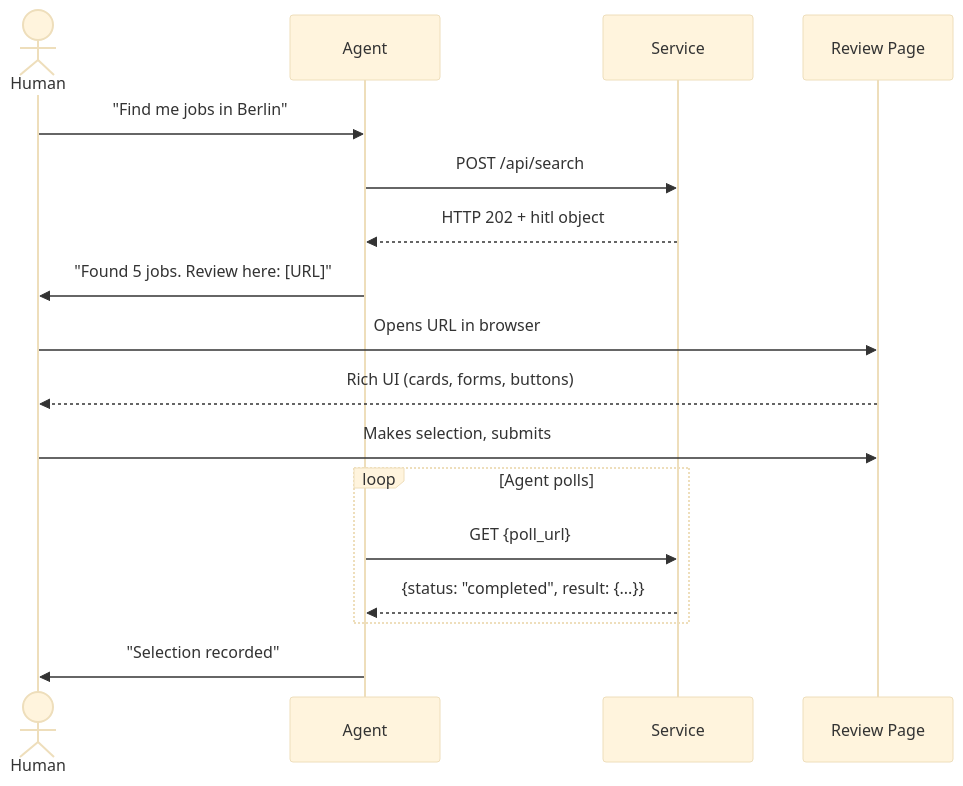
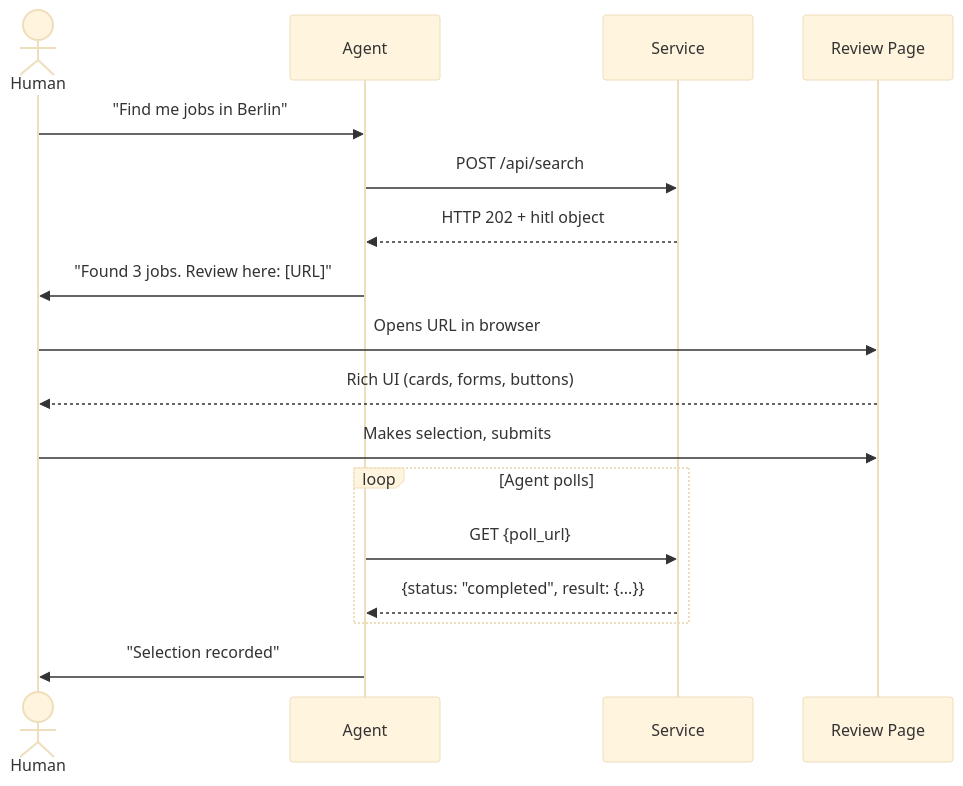
One commit to rotorstar/hitl-protocol changed the first of 2 diagrams in README.md. Above: the diagram before and after it, drawn with Mermaid (base theme). The commit also changed other lines of this file and 8 other files, not shown here.

````diff
--- a/README.md
+++ b/README.md
@@ -90,20 +92,20 @@
 ```mermaid
 sequenceDiagram
     actor H as Human
     participant A as Agent
     participant S as Service
     participant P as Review Page
 
     H->>A: "Find me jobs in Berlin"
     A->>S: POST /api/search
     S-->>A: HTTP 202 + hitl object
-    A->>H: "Found 5 jobs. Review here: [URL]"
+    A->>H: "Found 3 jobs. Review here: [URL]"
     H->>P: Opens URL in browser
     P-->>H: Rich UI (cards, forms, buttons)
     H->>P: Makes selection, submits
     loop Agent polls
         A->>S: GET {poll_url}
         S-->>A: {status: "completed", result: {...}}
     end
     A->>H: "Selection recorded"
 ```
````
